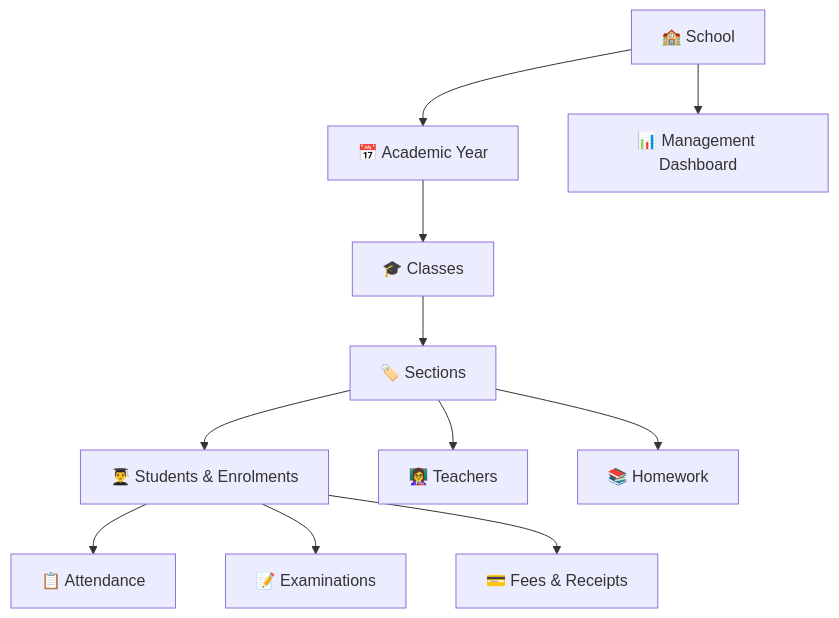
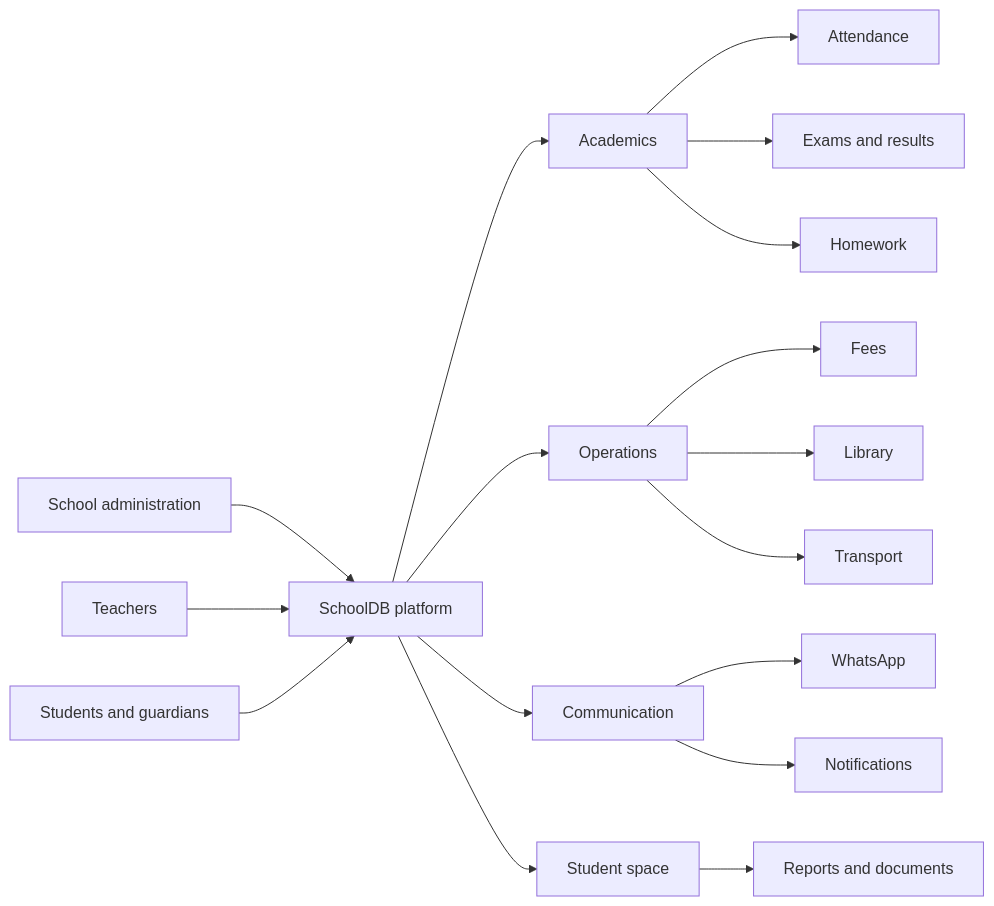
Before and after one commit to harikiran-dev-schooldb/schooldb-v2: the first of 3 diagrams in README.md, drawn with Mermaid. The commit also changed other lines of this file, not shown here.

````diff
--- a/README.md
+++ b/README.md
@@ -56,13 +35,21 @@
 ```mermaid
-graph TD
-    A[🏫 School] --> B[📅 Academic Year]
-    B --> C[🎓 Classes]
-    C --> D[🏷️ Sections]
-    D --> E[👨‍🎓 Students & Enrolments]
-    D --> F[👩‍🏫 Teachers]
-    E --> G[📋 Attendance]
-    E --> H[📝 Examinations]
-    E --> I[💳 Fees & Receipts]
-    D --> J[📚 Homework]
-    A --> K[📊 Management Dashboard]
+flowchart LR
+    A[School administration] --> P[SchoolDB platform]
+    T[Teachers] --> P
+    S[Students and guardians] --> P
+
+    P --> AC[Academics]
+    P --> OP[Operations]
+    P --> CM[Communication]
+    P --> SS[Student space]
+
+    AC --> AT[Attendance]
+    AC --> EX[Exams and results]
+    AC --> HW[Homework]
+    OP --> FE[Fees]
+    OP --> LI[Library]
+    OP --> TR[Transport]
+    CM --> WA[WhatsApp]
+    CM --> NT[Notifications]
+    SS --> RP[Reports and documents]
 ```
````
